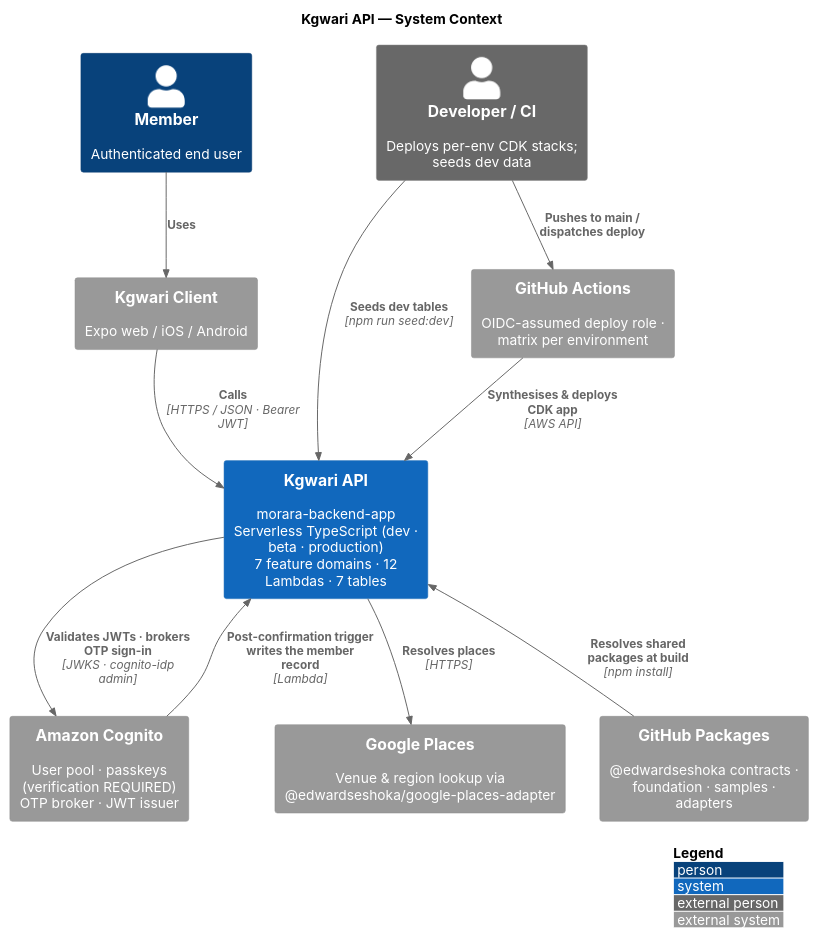
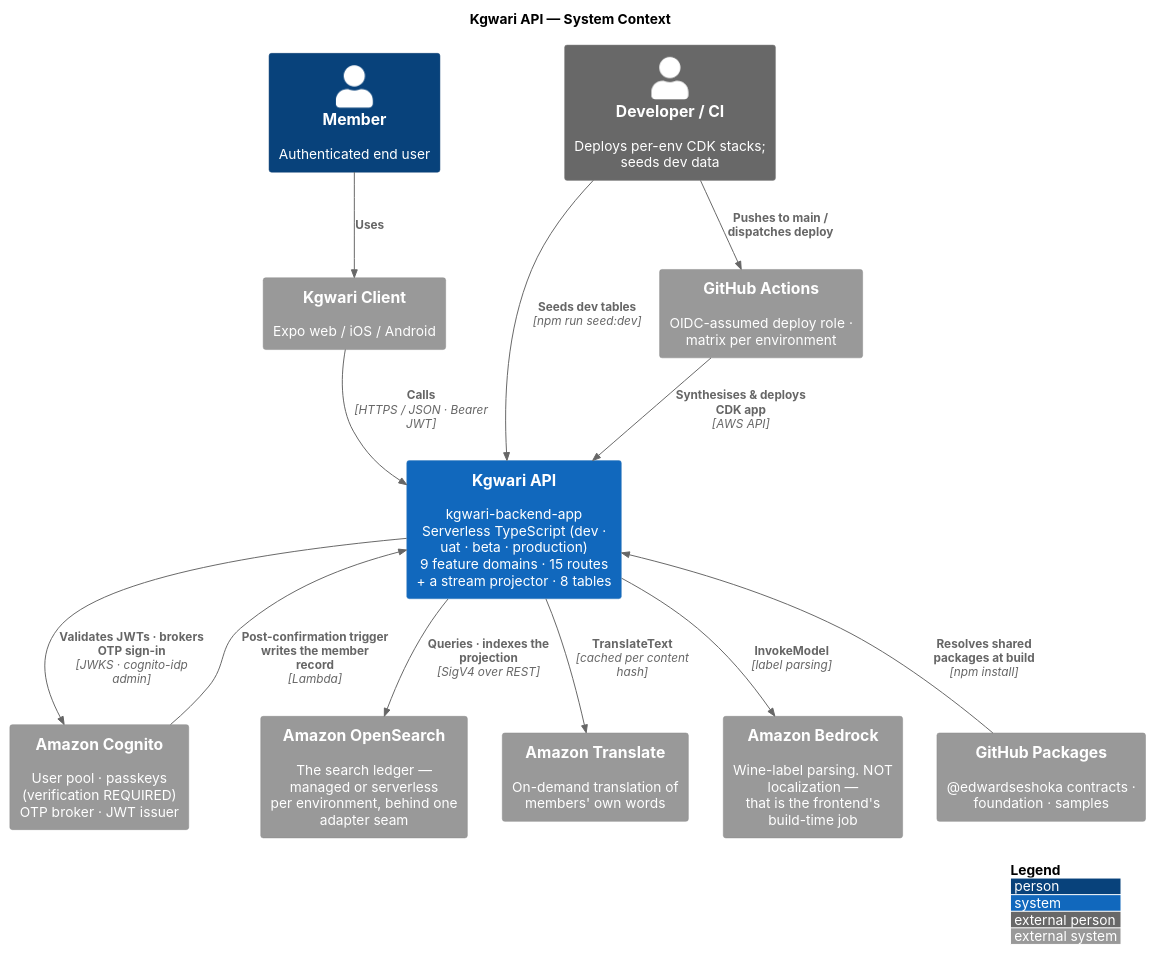
The diagram in site-src/diagrams/be-context.puml (EdwardSeshoka/kgwari-portfolio), drawn with PlantUML before and after one commit. The commit also changed 57 other files, not shown here.

```diff
--- a/site-src/diagrams/be-context.puml
+++ b/site-src/diagrams/be-context.puml
@@ -1,33 +1,37 @@
 @startuml
 !include https://raw.githubusercontent.com/plantuml-stdlib/C4-PlantUML/master/C4_Context.puml
 
 LAYOUT_WITH_LEGEND()
 HIDE_STEREOTYPE()
 skinparam backgroundColor #FFFFFF
 skinparam defaultFontName "Inter"
 skinparam shadowing false
 
 title Kgwari API — System Context
 
 Person(member, "Member", "Authenticated end user")
 Person_Ext(dev, "Developer / CI", "Deploys per-env CDK stacks; seeds dev data")
 
-System(backend, "Kgwari API", "morara-backend-app\nServerless TypeScript (dev · beta · production)\n7 feature domains · 12 Lambdas · 7 tables")
+System(backend, "Kgwari API", "kgwari-backend-app\nServerless TypeScript (dev · uat · beta · production)\n9 feature domains · 15 routes + a stream projector · 8 tables")
 
 System_Ext(frontend, "Kgwari Client", "Expo web / iOS / Android")
 System_Ext(cognito, "Amazon Cognito", "User pool · passkeys (verification REQUIRED)\nOTP broker · JWT issuer")
-System_Ext(gplaces, "Google Places", "Venue & region lookup via @edwardseshoka/google-places-adapter")
+System_Ext(opensearch, "Amazon OpenSearch", "The search ledger — managed or serverless\nper environment, behind one adapter seam")
+System_Ext(translate, "Amazon Translate", "On-demand translation of members' own words")
+System_Ext(bedrock, "Amazon Bedrock", "Wine-label parsing. NOT localization —\nthat is the frontend's build-time job")
 System_Ext(gha, "GitHub Actions", "OIDC-assumed deploy role · matrix per environment")
-System_Ext(ghpkg, "GitHub Packages", "@edwardseshoka contracts · foundation · samples · adapters")
+System_Ext(ghpkg, "GitHub Packages", "@edwardseshoka contracts · foundation · samples")
 
 Rel(member, frontend, "Uses")
 Rel(frontend, backend, "Calls", "HTTPS / JSON · Bearer JWT")
 Rel(backend, cognito, "Validates JWTs · brokers OTP sign-in", "JWKS · cognito-idp admin")
 Rel(cognito, backend, "Post-confirmation trigger writes the member record", "Lambda")
-Rel(backend, gplaces, "Resolves places", "HTTPS")
+Rel(backend, opensearch, "Queries · indexes the projection", "SigV4 over REST")
+Rel(backend, translate, "TranslateText", "cached per content hash")
+Rel(backend, bedrock, "InvokeModel", "label parsing")
 Rel(dev, gha, "Pushes to main / dispatches deploy")
 Rel(gha, backend, "Synthesises & deploys CDK app", "AWS API")
 Rel(dev, backend, "Seeds dev tables", "npm run seed:dev")
 Rel_Back(backend, ghpkg, "Resolves shared packages at build", "npm install")
 
 @enduml
```
